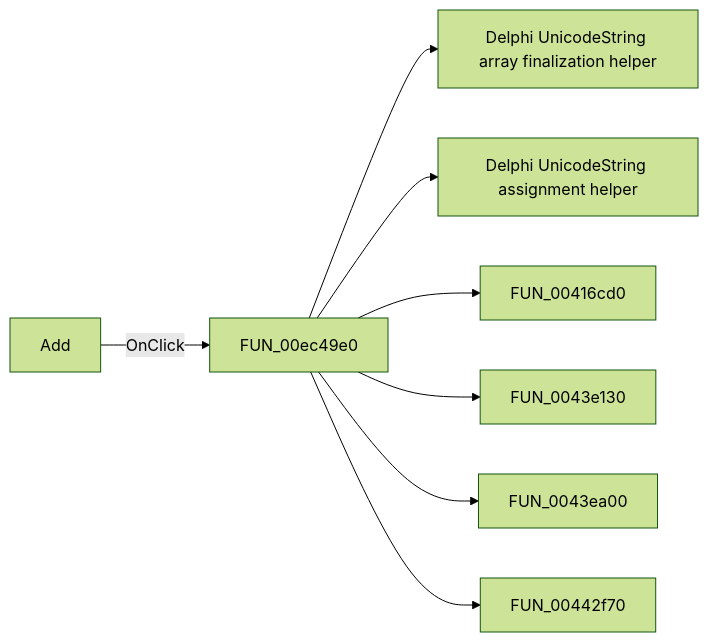
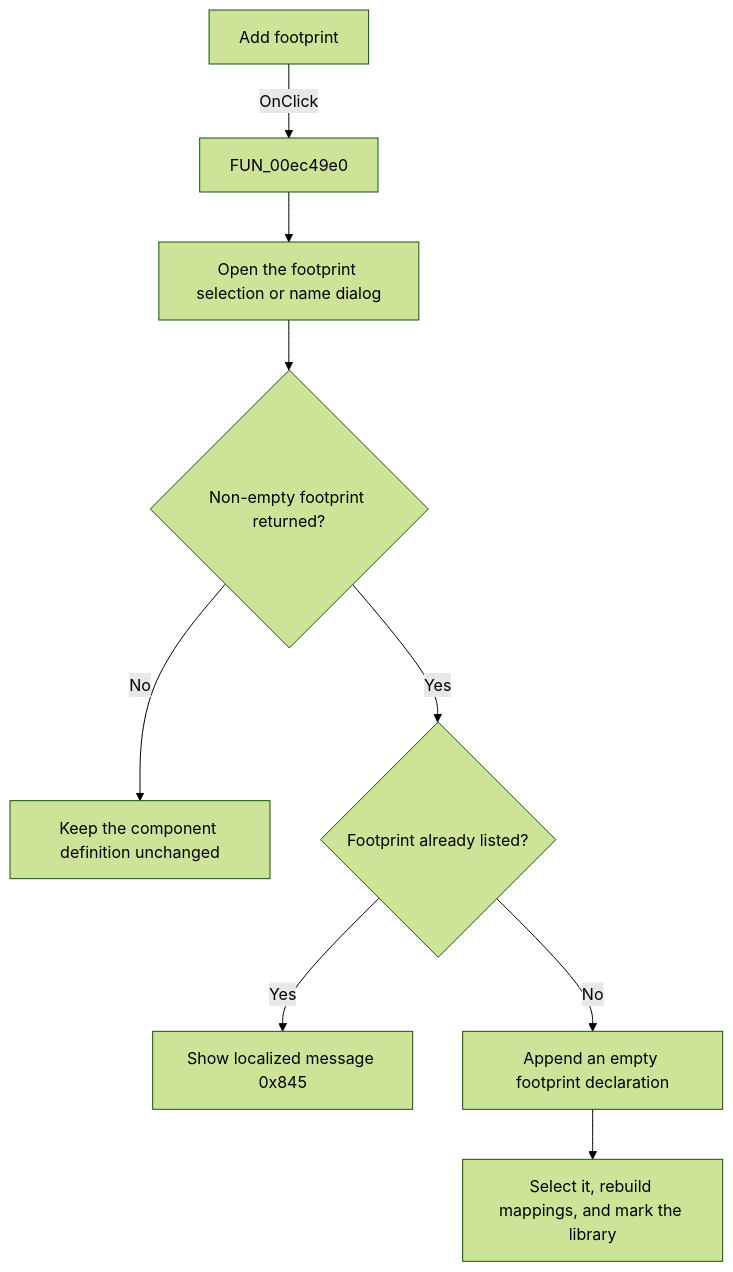
Before and after one commit to MovGP0/TIARA: the diagram in docs/ui-controls/pcbform4/btnnewmodule-194cab9d00.md, drawn with Mermaid (forest theme). The commit also changed other lines of this file and 1062 other files, not shown here.

````diff
--- a/docs/ui-controls/pcbform4/btnnewmodule-194cab9d00.md
+++ b/docs/ui-controls/pcbform4/btnnewmodule-194cab9d00.md
@@ -27,10 +31,11 @@
 ```mermaid
-flowchart LR
-    control["Add"] -->|OnClick| handler["FUN_00ec49e0"]
-    handler --> call1["Delphi UnicodeString array finalization helper"]
-    handler --> call2["Delphi UnicodeString assignment helper"]
-    handler --> call3["FUN_00416cd0"]
-    handler --> call4["FUN_0043e130"]
-    handler --> call5["FUN_0043ea00"]
-    handler --> call6["FUN_00442f70"]
+flowchart TD
+    control["Add footprint"] -->|OnClick| handler["FUN_00ec49e0"]
+    handler --> prompt["Open the footprint selection or name dialog"]
+    prompt --> value{"Non-empty footprint returned?"}
+    value -->|No| noChange["Keep the component definition unchanged"]
+    value -->|Yes| duplicate{"Footprint already listed?"}
+    duplicate -->|Yes| error["Show localized message 0x845"]
+    duplicate -->|No| append["Append an empty footprint declaration"]
+    append --> refresh["Select it, rebuild mappings, and mark the library"]
 ```
````
